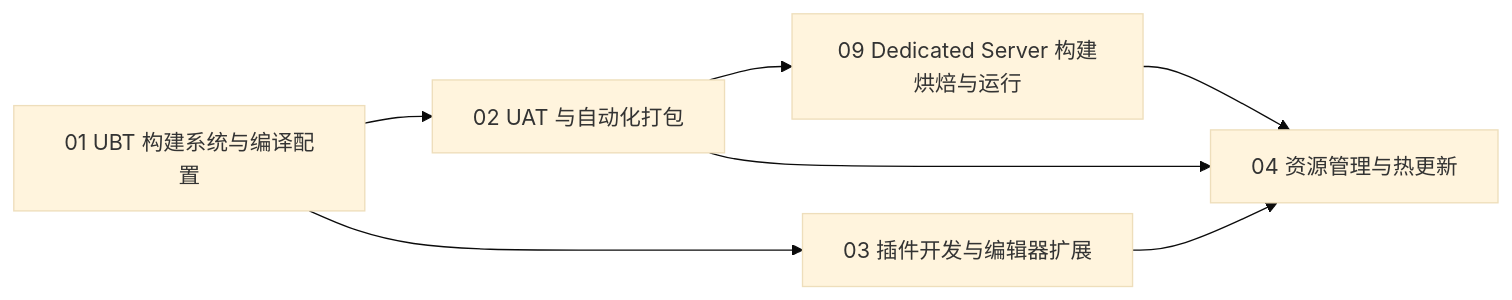
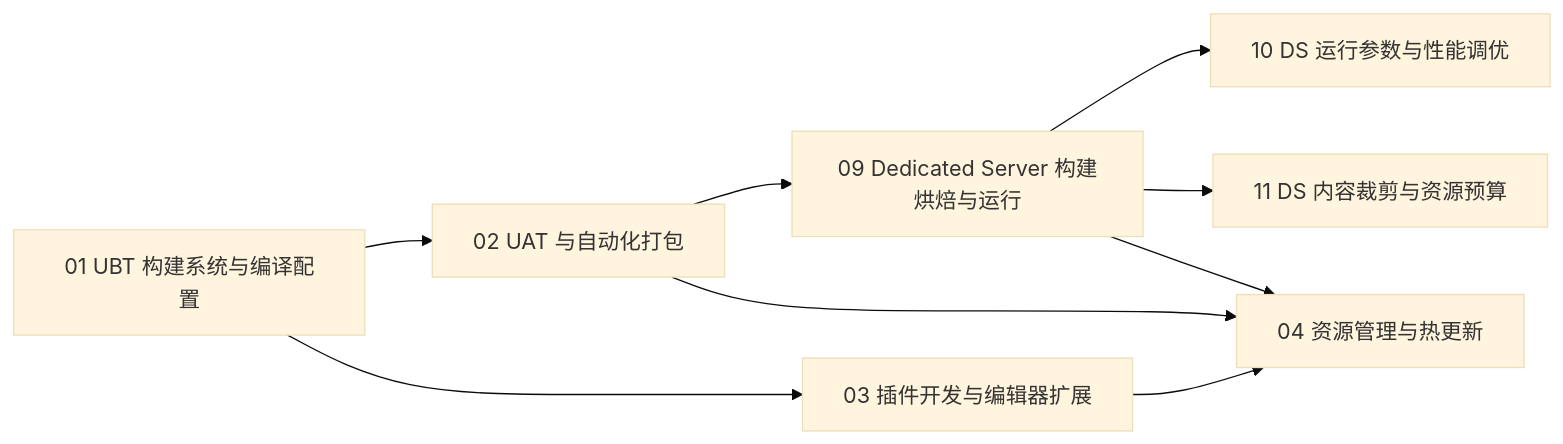
One commit to fantuan812/learning changed the diagram in 游戏知识/08-工具链与打包发布/README.md. Above: the diagram before and after it, drawn with Mermaid (base theme). The commit also changed other lines of this file and 12 other files, not shown here.

````diff
--- a/游戏知识/08-工具链与打包发布/README.md
+++ b/游戏知识/08-工具链与打包发布/README.md
@@ -36,9 +38,11 @@
 ```mermaid
 flowchart LR
     A[01 UBT 构建系统与编译配置] --> B[02 UAT 与自动化打包]
     A --> C[03 插件开发与编辑器扩展]
     B --> E[09 Dedicated Server 构建烘焙与运行]
+    E --> F[10 DS 运行参数与性能调优]
+    E --> G[11 DS 内容裁剪与资源预算]
     E --> D[04 资源管理与热更新]
     B --> D[04 资源管理与热更新]
     C --> D
 ```
````
